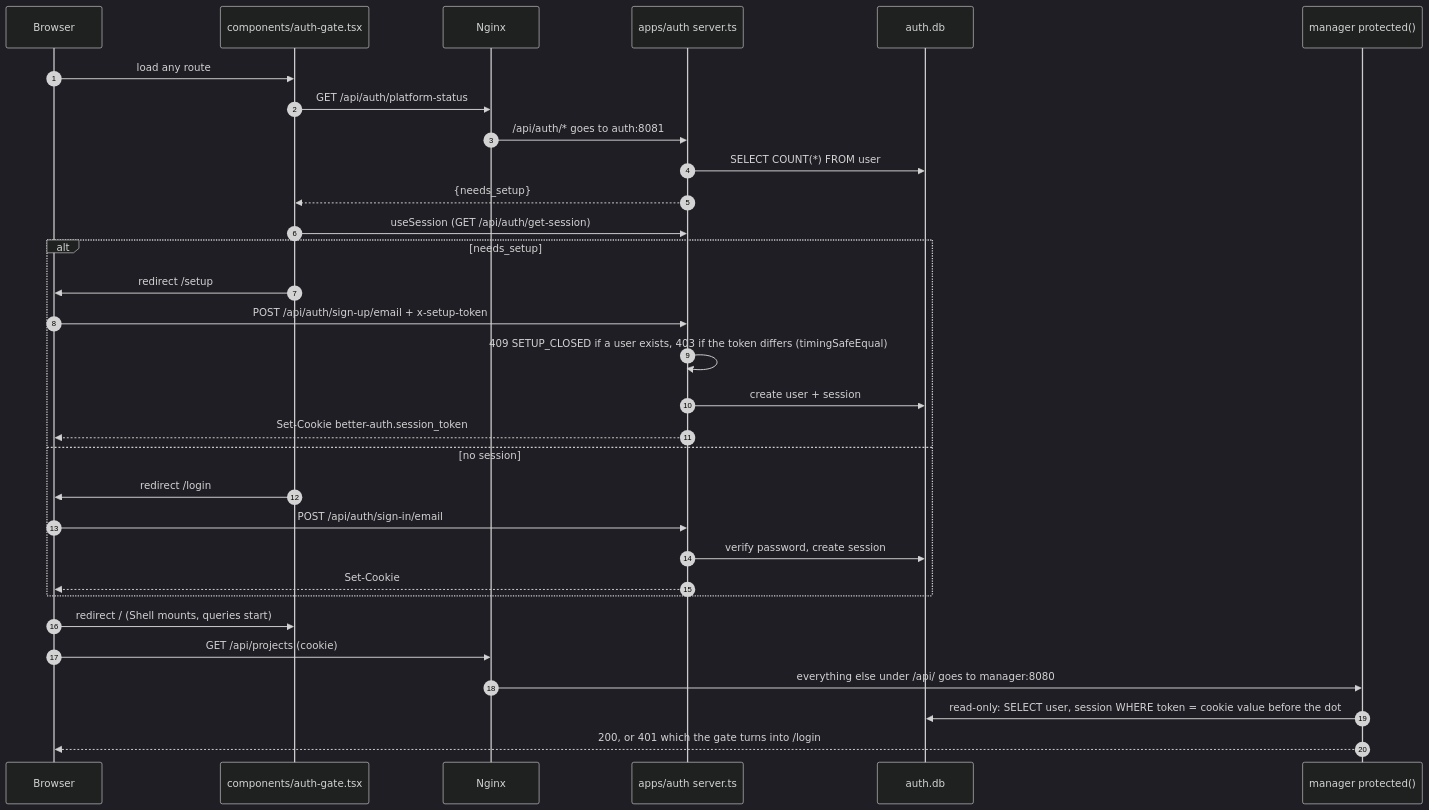
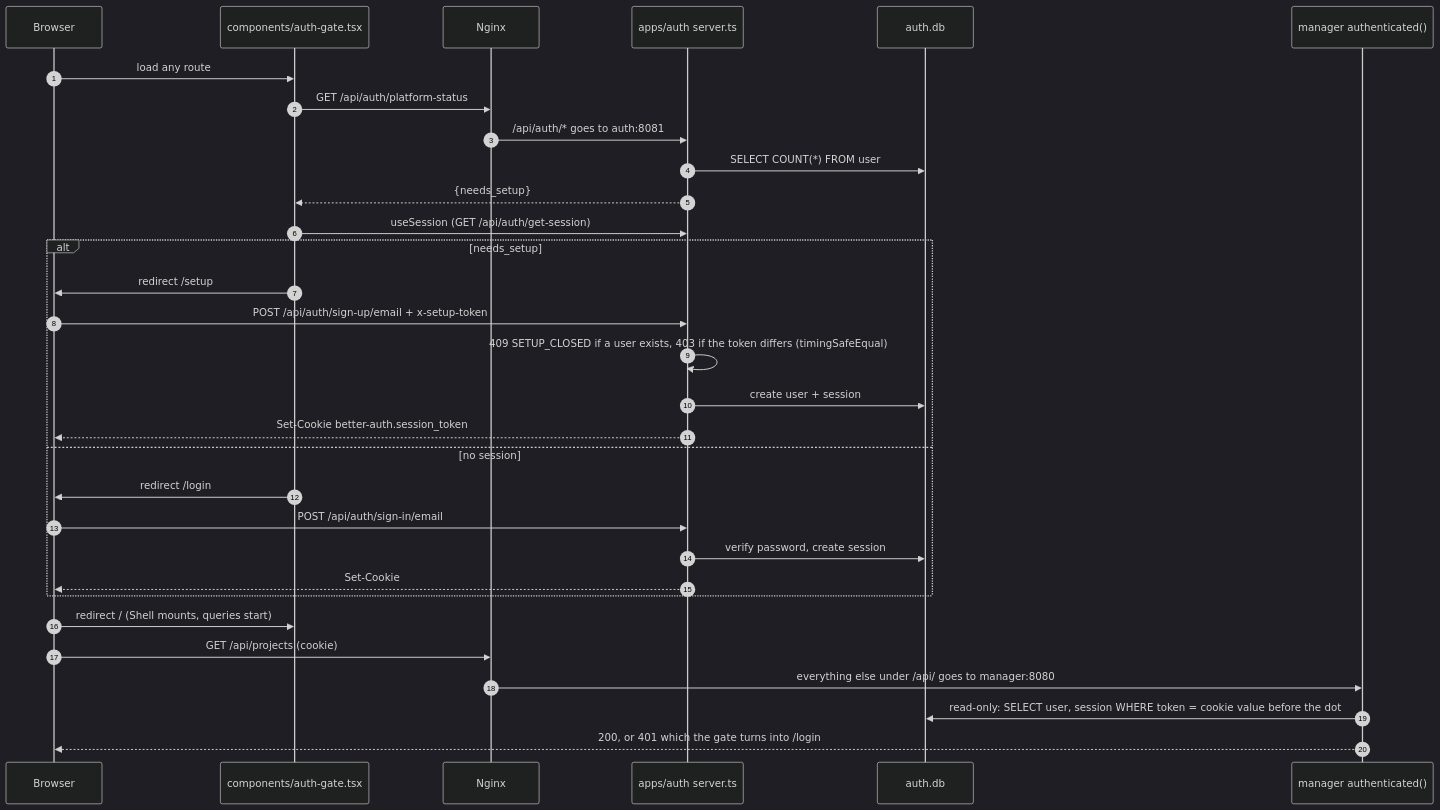
The fourth of 5 diagrams in docs/codebase.md (rokartur/vexdock), drawn with Mermaid (dark theme) before and after one commit. The commit also changed other lines of this file and 8 other files, not shown here.

````diff
--- a/docs/codebase.md
+++ b/docs/codebase.md
@@ -201,36 +202,36 @@
 ```mermaid
 sequenceDiagram
     autonumber
     participant Browser
     participant Gate as components/auth-gate.tsx
     participant Nginx
     participant Auth as apps/auth server.ts
     participant AuthDB as auth.db
-    participant Manager as manager protected()
+    participant Manager as manager authenticated()
 
     Browser->>Gate: load any route
     Gate->>Nginx: GET /api/auth/platform-status
     Nginx->>Auth: /api/auth/* goes to auth:8081
     Auth->>AuthDB: SELECT COUNT(*) FROM user
     Auth-->>Gate: {needs_setup}
     Gate->>Auth: useSession (GET /api/auth/get-session)
 
     alt needs_setup
         Gate->>Browser: redirect /setup
         Browser->>Auth: POST /api/auth/sign-up/email + x-setup-token
         Auth->>Auth: 409 SETUP_CLOSED if a user exists, 403 if the token differs (timingSafeEqual)
         Auth->>AuthDB: create user + session
         Auth-->>Browser: Set-Cookie better-auth.session_token
     else no session
         Gate->>Browser: redirect /login
         Browser->>Auth: POST /api/auth/sign-in/email
         Auth->>AuthDB: verify password, create session
         Auth-->>Browser: Set-Cookie
     end
 
     Browser->>Gate: redirect / (Shell mounts, queries start)
     Browser->>Nginx: GET /api/projects (cookie)
     Nginx->>Manager: everything else under /api/ goes to manager:8080
     Manager->>AuthDB: read-only: SELECT user, session WHERE token = cookie value before the dot
     Manager-->>Browser: 200, or 401 which the gate turns into /login
 ```
````
